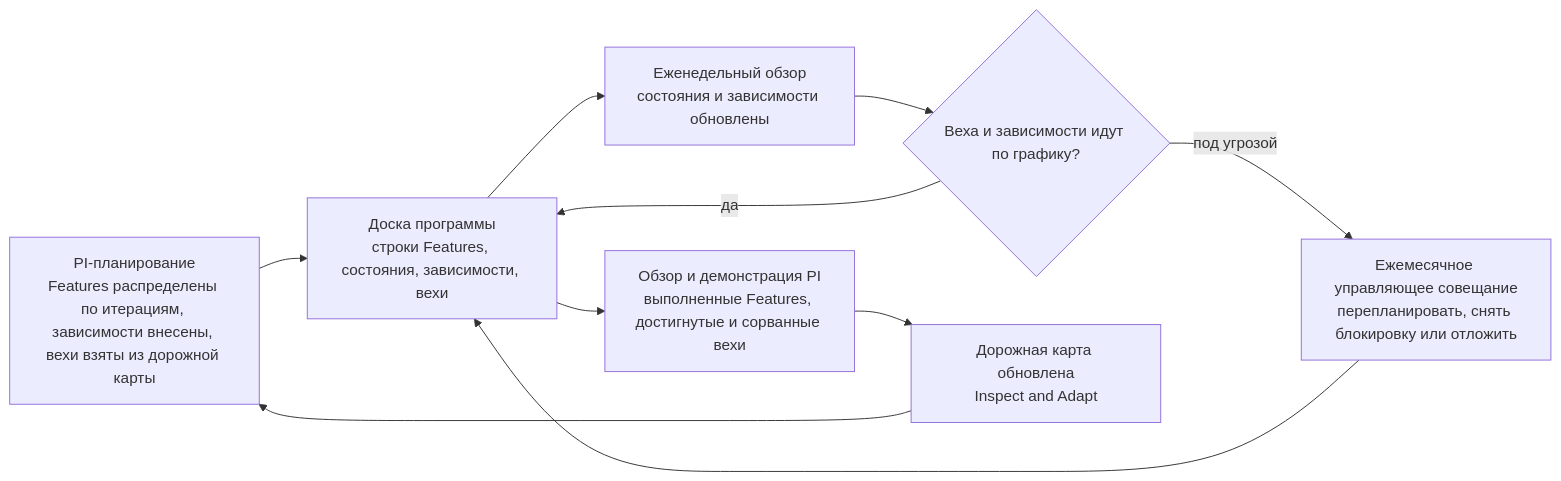
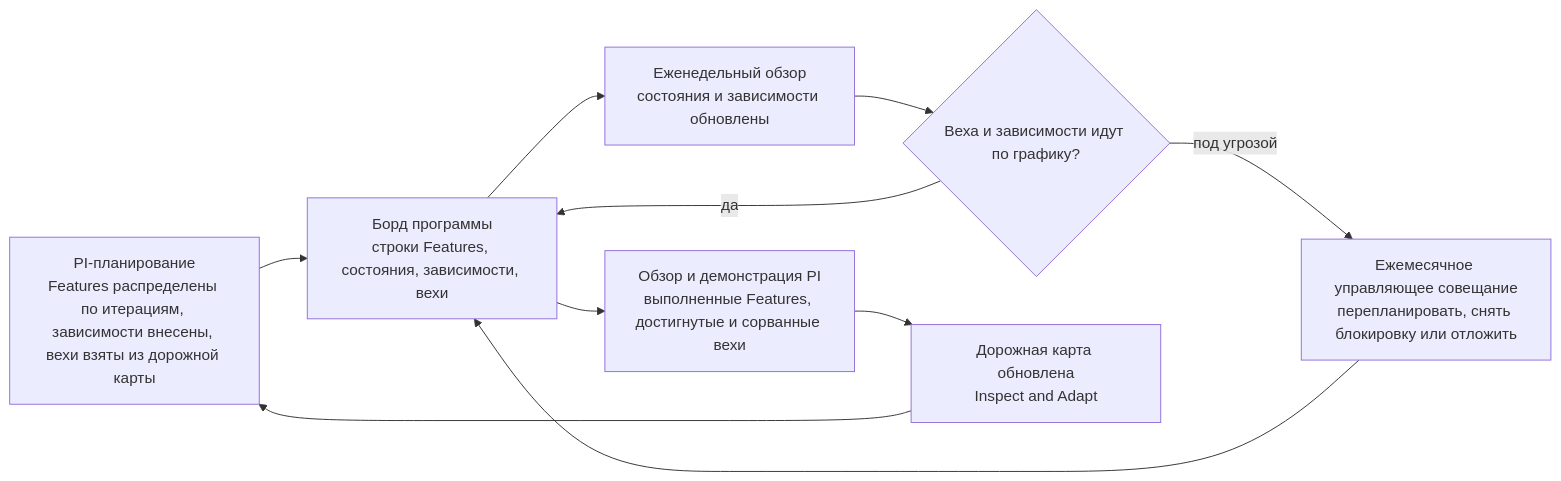
Before and after one commit to devhogu/ob-aicc: the third of 13 diagrams in charter/ru/documents/solution-lifecycle-model.md, drawn with Mermaid. The commit also changed other lines of this file and 193 other files, not shown here.

````diff
--- a/charter/ru/documents/solution-lifecycle-model.md
+++ b/charter/ru/documents/solution-lifecycle-model.md
@@ -159,12 +159,12 @@
 ```mermaid
 flowchart LR
-  PL["PI-планирование<br/>Features распределены по итерациям, зависимости внесены, вехи взяты из дорожной карты"] --> PBD["Доска программы<br/>строки Features, состояния, зависимости, вехи"]
+  PL["PI-планирование<br/>Features распределены по итерациям, зависимости внесены, вехи взяты из дорожной карты"] --> PBD["Борд программы<br/>строки Features, состояния, зависимости, вехи"]
   PBD --> WR["Еженедельный обзор<br/>состояния и зависимости обновлены"]
   WR --> MC{"Веха и зависимости идут по графику?"}
   MC -->|да| PBD
   MC -->|под угрозой| ST["Ежемесячное управляющее совещание<br/>перепланировать, снять блокировку или отложить"]
   ST --> PBD
   PBD --> PR["Обзор и демонстрация PI<br/>выполненные Features, достигнутые и сорванные вехи"]
   PR --> RM["Дорожная карта обновлена<br/>Inspect and Adapt"]
   RM --> PL
 ```
````
